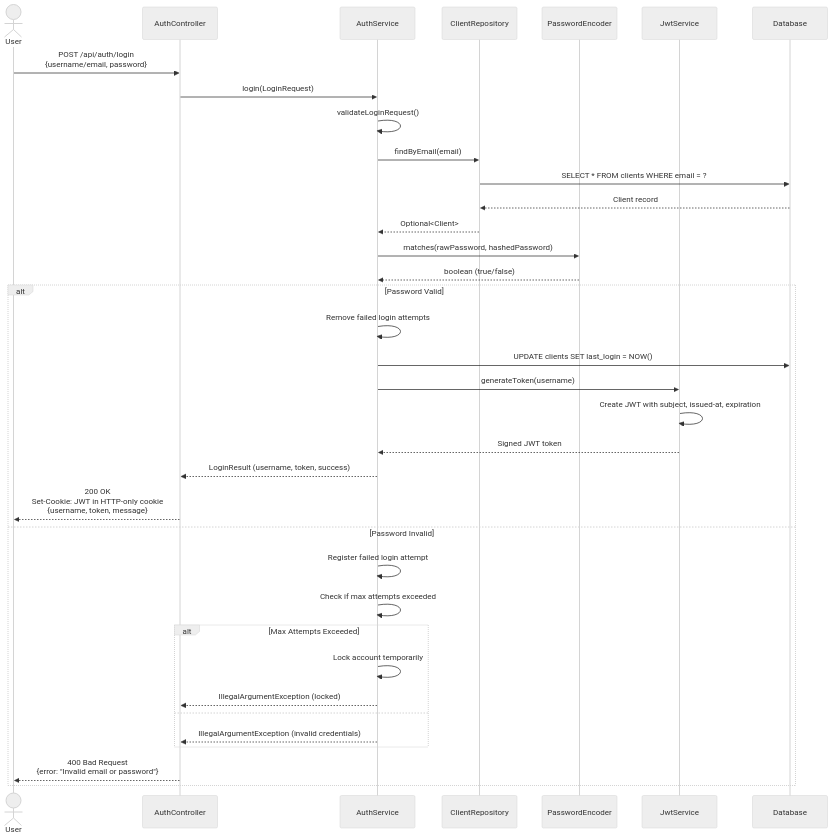
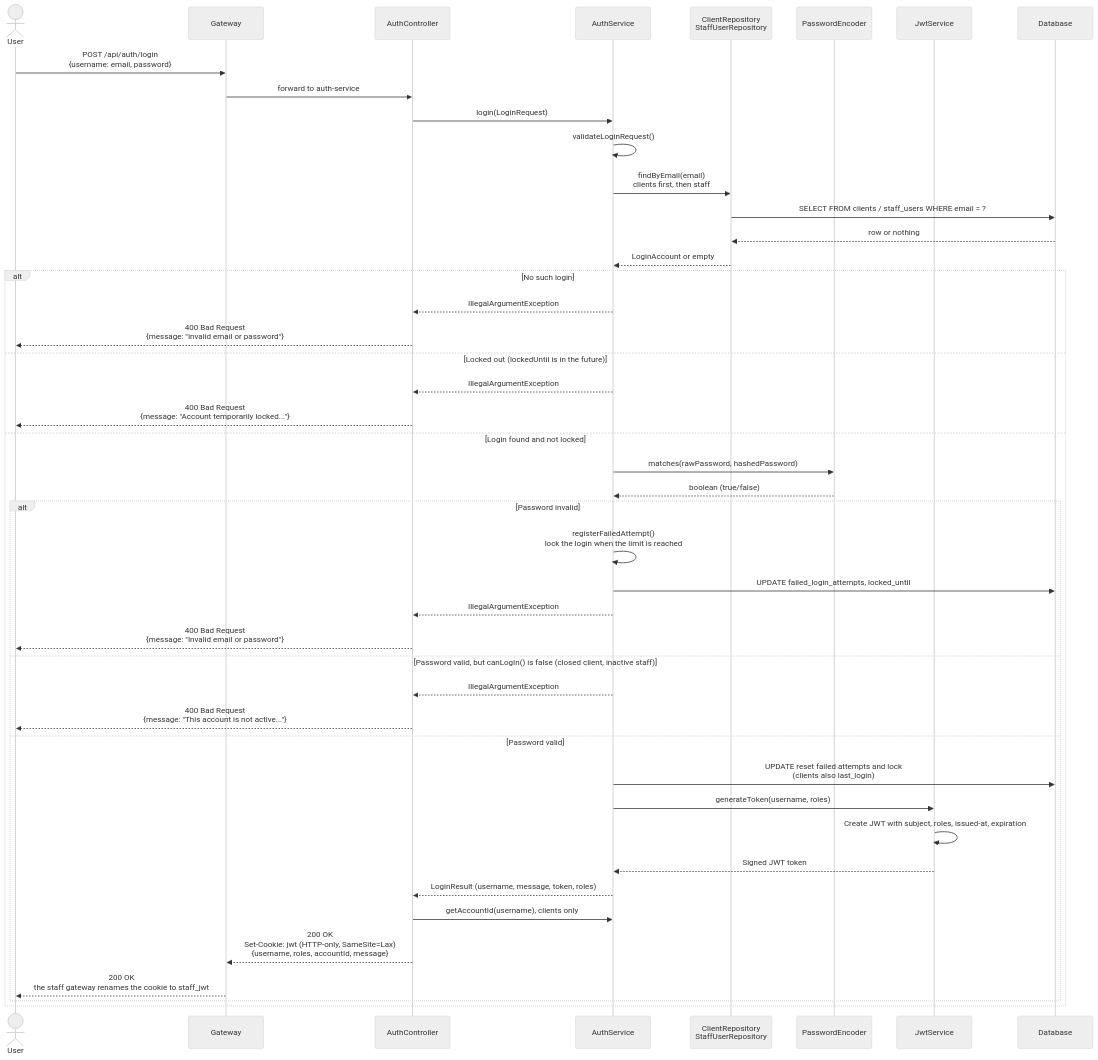
The third of 5 diagrams in README.md (aditya0774/LeMarketJames), drawn with Mermaid (neutral theme) before and after one commit. The commit also changed other lines of this file, not shown here.

Commit message:
updated README architecture and UML diagrams

````diff
--- a/README.md
+++ b/README.md
@@ -1015,42 +1269,49 @@
 ```mermaid
 sequenceDiagram
     actor User
+    participant Gateway
     participant AuthController
     participant AuthService
-    participant ClientRepository
+    participant Repositories as ClientRepository<br/>StaffUserRepository
     participant PasswordEncoder
     participant JwtService
     participant Database
 
-    User->>AuthController: POST /api/auth/login<br/>{username/email, password}
+    User->>Gateway: POST /api/auth/login<br/>{username: email, password}
+    Gateway->>AuthController: forward to auth-service
     AuthController->>AuthService: login(LoginRequest)
-    
     AuthService->>AuthService: validateLoginRequest()
-    AuthService->>ClientRepository: findByEmail(email)
-    ClientRepository->>Database: SELECT * FROM clients WHERE email = ?
-    Database-->>ClientRepository: Client record
-    ClientRepository-->>AuthService: Optional<Client>
-    
-    AuthService->>PasswordEncoder: matches(rawPassword, hashedPassword)
-    PasswordEncoder-->>AuthService: boolean (true/false)
-    
-    alt Password Valid
-        AuthService->>AuthService: Remove failed login attempts
-        AuthService->>Database: UPDATE clients SET last_login = NOW()
-        AuthService->>JwtService: generateToken(username)
-        JwtService->>JwtService: Create JWT with subject, issued-at, expiration
-        JwtService-->>AuthService: Signed JWT token
-        AuthService-->>AuthController: LoginResult (username, token, success)
-        AuthController-->>User: 200 OK<br/>Set-Cookie: JWT in HTTP-only cookie<br/>{username, token, message}
-    else Password Invalid
-        AuthService->>AuthService: Register failed login attempt
-        AuthService->>AuthService: Check if max attempts exceeded
-        alt Max Attempts Exceeded
-            AuthService->>AuthService: Lock account temporarily
-            AuthService-->>AuthController: IllegalArgumentException (locked)
-        else
-            AuthService-->>AuthController: IllegalArgumentException (invalid credentials)
+    AuthService->>Repositories: findByEmail(email)<br/>clients first, then staff
+    Repositories->>Database: SELECT FROM clients / staff_users WHERE email = ?
+    Database-->>Repositories: row or nothing
+    Repositories-->>AuthService: LoginAccount or empty
+
+    alt No such login
+        AuthService-->>AuthController: IllegalArgumentException
+        AuthController-->>User: 400 Bad Request<br/>{message: "Invalid email or password"}
+    else Locked out (lockedUntil is in the future)
+        AuthService-->>AuthController: IllegalArgumentException
+        AuthController-->>User: 400 Bad Request<br/>{message: "Account temporarily locked..."}
+    else Login found and not locked
+        AuthService->>PasswordEncoder: matches(rawPassword, hashedPassword)
+        PasswordEncoder-->>AuthService: boolean (true/false)
+        alt Password invalid
+            AuthService->>AuthService: registerFailedAttempt()<br/>lock the login when the limit is reached
+            AuthService->>Database: UPDATE failed_login_attempts, locked_until
+            AuthService-->>AuthController: IllegalArgumentException
+            AuthController-->>User: 400 Bad Request<br/>{message: "Invalid email or password"}
+        else Password valid, but canLogIn() is false (closed client, inactive staff)
+            AuthService-->>AuthController: IllegalArgumentException
+            AuthController-->>User: 400 Bad Request<br/>{message: "This account is not active..."}
+        else Password valid
+            AuthService->>Database: UPDATE reset failed attempts and lock<br/>(clients also last_login)
+            AuthService->>JwtService: generateToken(username, roles)
+            JwtService->>JwtService: Create JWT with subject, roles, issued-at, expiration
+            JwtService-->>AuthService: Signed JWT token
+            AuthService-->>AuthController: LoginResult (username, message, token, roles)
+            AuthController->>AuthService: getAccountId(username), clients only
+            AuthController-->>Gateway: 200 OK<br/>Set-Cookie: jwt (HTTP-only, SameSite=Lax)<br/>{username, roles, accountId, message}
+            Gateway-->>User: 200 OK<br/>the staff gateway renames the cookie to staff_jwt
         end
-        AuthController-->>User: 400 Bad Request<br/>{error: "Invalid email or password"}
     end
 ```
````
